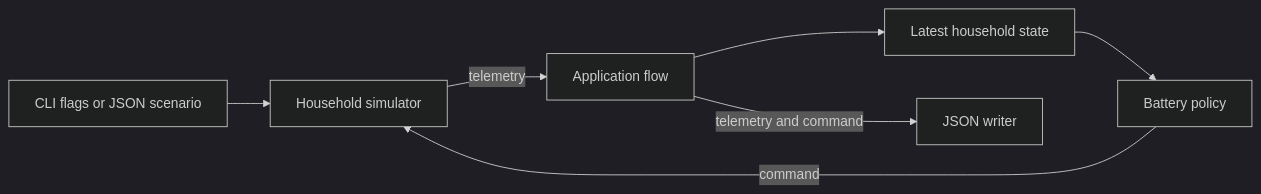
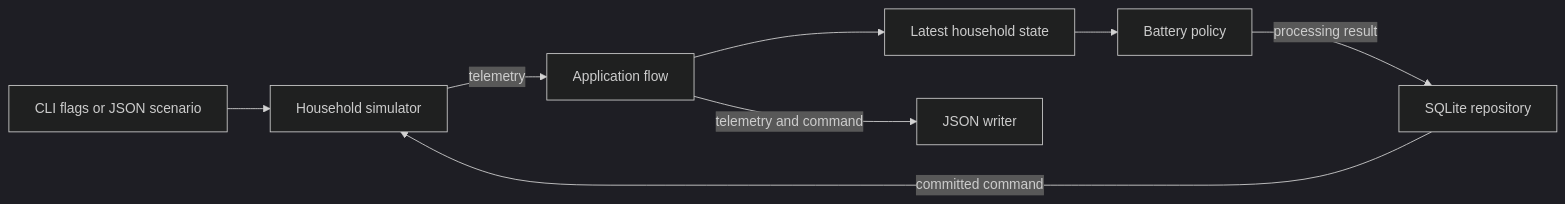
The diagram in docs/ARCHITECTURE.md (Stewz00/Wattfeder), drawn with Mermaid (dark theme) before and after one commit. The commit also changed other lines of this file and 11 other files, not shown here.

Commit message:
feat(persistence): connect durable application flow

````diff
--- a/docs/ARCHITECTURE.md
+++ b/docs/ARCHITECTURE.md
@@ -9,9 +9,10 @@
 ```mermaid
 flowchart LR
     Input["CLI flags or JSON scenario"] --> Simulator["Household simulator"]
     Simulator -->|telemetry| Application["Application flow"]
     Application --> State["Latest household state"]
     State --> Policy["Battery policy"]
-    Policy -->|command| Simulator
+    Policy -->|processing result| Storage["SQLite repository"]
+    Storage -->|committed command| Simulator
     Application -->|telemetry and command| Output["JSON writer"]
 ```
````
